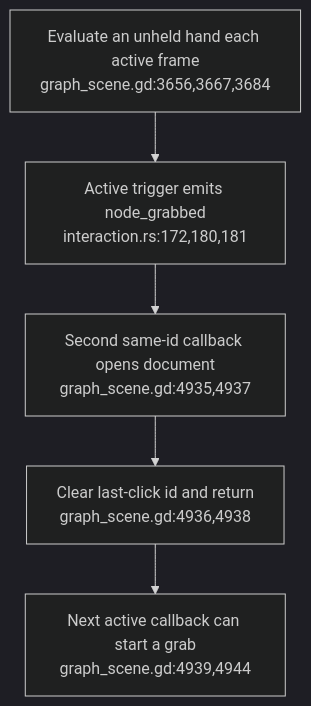
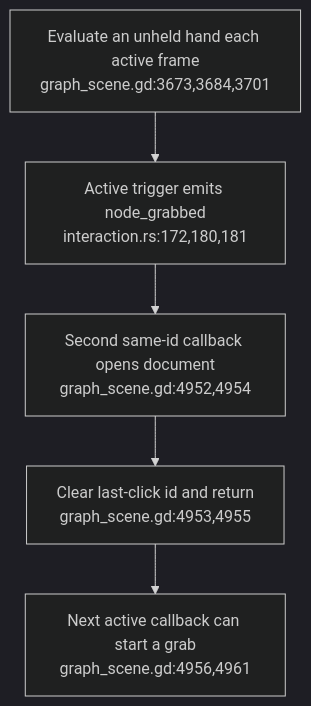
One commit to DreamLab-AI/VisionFlow changed the third of 6 diagrams in docs/diagrams/visionclaw/53-xr-grab-lifetimes-and-input.md. Above: the diagram before and after it, drawn with Mermaid (dark theme). The commit also changed other lines of this file and 49 other files, not shown here.

First line of the commit message:
docs(diagrams): re-derive and re-stamp VisionClaw, estate, knowledge-graph, visionGraph, VisionFlow and sidestr topics

````diff
--- a/docs/diagrams/visionclaw/53-xr-grab-lifetimes-and-input.md
+++ b/docs/diagrams/visionclaw/53-xr-grab-lifetimes-and-input.md
@@ -56,7 +56,7 @@
 ```mermaid
 flowchart TD
-    FRAME["Evaluate an unheld hand each active frame<br/>graph_scene.gd:3656,3667,3684"] --> EMIT["Active trigger emits node_grabbed<br/>interaction.rs:172,180,181"]
-    EMIT --> DOUBLE["Second same-id callback opens document<br/>graph_scene.gd:4935,4937"]
-    DOUBLE --> RESET["Clear last-click id and return<br/>graph_scene.gd:4936,4938"]
-    RESET --> NEXT["Next active callback can start a grab<br/>graph_scene.gd:4939,4944"]
+    FRAME["Evaluate an unheld hand each active frame<br/>graph_scene.gd:3673,3684,3701"] --> EMIT["Active trigger emits node_grabbed<br/>interaction.rs:172,180,181"]
+    EMIT --> DOUBLE["Second same-id callback opens document<br/>graph_scene.gd:4952,4954"]
+    DOUBLE --> RESET["Clear last-click id and return<br/>graph_scene.gd:4953,4955"]
+    RESET --> NEXT["Next active callback can start a grab<br/>graph_scene.gd:4956,4961"]
 ```
````
